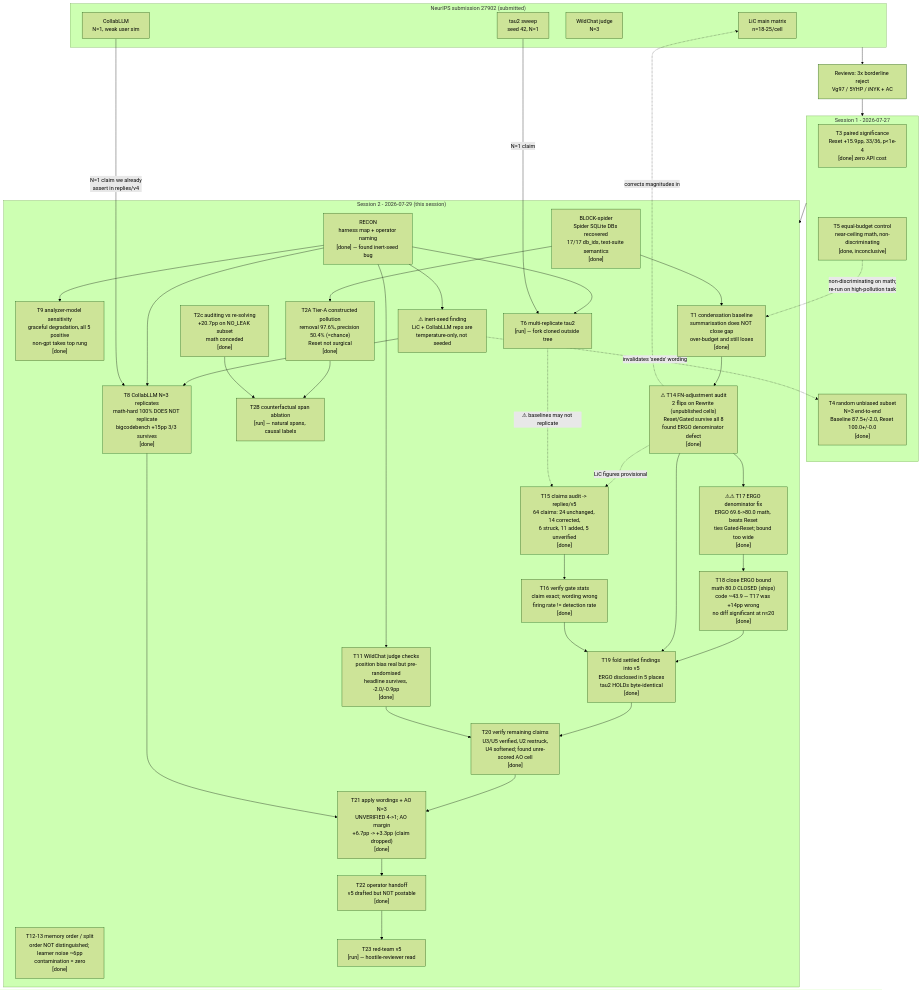
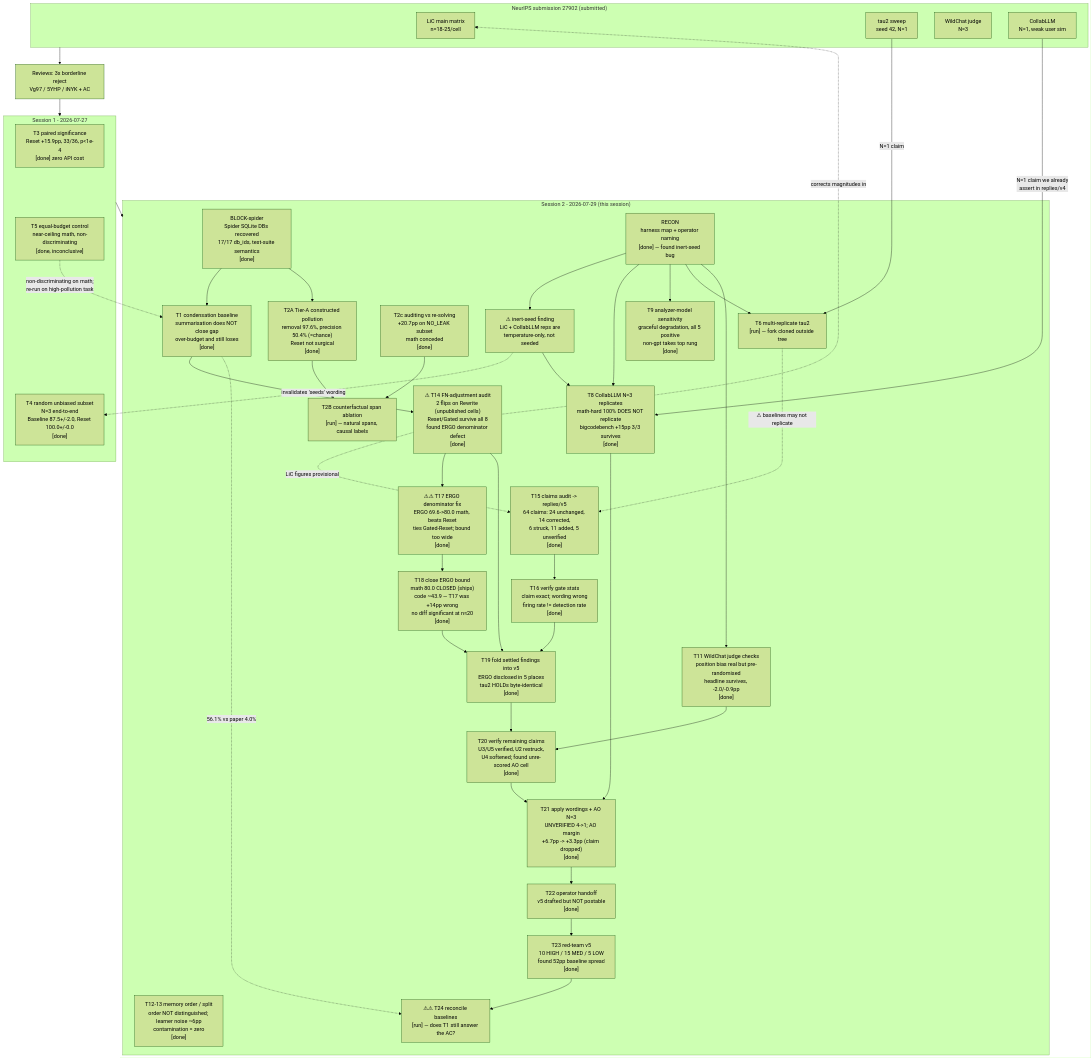
One commit to matt-seb-ho/ctx_editor changed the diagram in neurips_review/autoresearch/PROVENANCE.md. Above: the diagram before and after it, drawn with Mermaid (forest theme). The commit also changed other lines of this file and 8 other files, not shown here.

Commit message:
feat(rebuttal): T23 red-team — 30 items incl. 52pp baseline spread; dispatch T24

````diff
--- a/neurips_review/autoresearch/PROVENANCE.md
+++ b/neurips_review/autoresearch/PROVENANCE.md
@@ -11,77 +11,80 @@
 ```mermaid
 graph TD
   subgraph PAPER["NeurIPS submission 27902 (submitted)"]
     P0["LiC main matrix<br/>n=18-25/cell"]
     P1["tau2 sweep<br/>seed 42, N=1"]
     P2["WildChat judge<br/>N=3"]
     P3["CollabLLM<br/>N=1, weak user sim"]
   end
 
   R["Reviews: 3x borderline reject<br/>Vg97 / 5YHP / iNYK + AC"]
   PAPER --> R
 
   subgraph S1["Session 1 - 2026-07-27"]
     T3["T3 paired significance<br/>Reset +15.9pp, 33/36, p&lt;1e-4<br/>[done] zero API cost"]
     T4["T4 random unbiased subset<br/>N=3 end-to-end<br/>Baseline 87.5+/-2.0, Reset 100.0+/-0.0<br/>[done]"]
     T5["T5 equal-budget control<br/>near-ceiling math, non-discriminating<br/>[done, inconclusive]"]
   end
   R --> S1
 
   subgraph S2["Session 2 - 2026-07-29 (this session)"]
     BLK["BLOCK-spider<br/>Spider SQLite DBs recovered<br/>17/17 db_ids, test-suite semantics<br/>[done]"]
     RC["RECON<br/>harness map + operator naming<br/>[done] — found inert-seed bug"]
     T8["T8 CollabLLM N=3 replicates<br/>math-hard 100% DOES NOT replicate<br/>bigcodebench +15pp 3/3 survives<br/>[done]"]
     T9["T9 analyzer-model sensitivity<br/>graceful degradation, all 5 positive<br/>non-gpt takes top rung<br/>[done]"]
     T2A["T2A Tier-A constructed pollution<br/>removal 97.6%, precision 50.4% (=chance)<br/>Reset not surgical<br/>[done]"]
     T2C["T2c auditing vs re-solving<br/>+20.7pp on NO_LEAK subset<br/>math conceded<br/>[done]"]
     T1["T1 condensation baseline<br/>summarisation does NOT close gap<br/>over-budget and still loses<br/>[done]"]
     T11["T11 WildChat judge checks<br/>position bias real but pre-randomised<br/>headline survives, -2.0/-0.9pp<br/>[done]"]
     T12["T12-13 memory order / split<br/>order NOT distinguished; learner noise ~6pp<br/>contamination = zero<br/>[done]"]
     T6["T6 multi-replicate tau2<br/>[run] — fork cloned outside tree"]
     T2B["T2B counterfactual span ablation<br/>[run] — natural spans, causal labels"]
     T15["T15 claims audit -> replies/v5<br/>64 claims: 24 unchanged, 14 corrected,<br/>6 struck, 11 added, 5 unverified<br/>[done]"]
     T16["T16 verify gate stats<br/>claim exact; wording wrong<br/>firing rate != detection rate<br/>[done]"]
     T14["⚠ T14 FN-adjustment audit<br/>2 flips on Rewrite (unpublished cells)<br/>Reset/Gated survive all 8<br/>found ERGO denominator defect<br/>[done]"]
     T17["⚠⚠ T17 ERGO denominator fix<br/>ERGO 69.6->80.0 math, beats Reset<br/>ties Gated-Reset; bound too wide<br/>[done]"]
     T18["T18 close ERGO bound<br/>math 80.0 CLOSED (ships)<br/>code ~43.9 — T17 was +14pp wrong<br/>no diff significant at n≈20<br/>[done]"]
     T19["T19 fold settled findings into v5<br/>ERGO disclosed in 5 places<br/>tau2 HOLDs byte-identical<br/>[done]"]
     T20["T20 verify remaining claims<br/>U3/U5 verified, U2 restruck,<br/>U4 softened; found unre-scored AO cell<br/>[done]"]
     T21["T21 apply wordings + AO N=3<br/>UNVERIFIED 4->1; AO margin<br/>+6.7pp -> +3.3pp (claim dropped)<br/>[done]"]
     T22["T22 operator handoff<br/>v5 drafted but NOT postable<br/>[done]"]
-    T23["T23 red-team v5<br/>[run] — hostile-reviewer read"]
+    T23["T23 red-team v5<br/>10 HIGH / 15 MED / 5 LOW<br/>found 52pp baseline spread<br/>[done]"]
+    T24["⚠⚠ T24 reconcile baselines<br/>[run] — does T1 still answer the AC?"]
     SEED["⚠ inert-seed finding<br/>LiC + CollabLLM reps are<br/>temperature-only, not seeded"]
   end
   S1 --> S2
 
   RC --> SEED
   SEED -.->|"invalidates 'seeds' wording"| T4
   SEED --> T8
   RC --> T8
   RC --> T9
   RC --> T6
   RC --> T11
   BLK --> T1
   BLK --> T2A
   T5 -.->|"non-discriminating on math;<br/>re-run on high-pollution task"| T1
   T2A --> T2B
   T2C --> T2B
   T1 --> T14
   T14 -.->|"LiC figures provisional"| T15
   T14 --> T17
   T17 --> T18
   T18 --> T19
   T19 --> T20
   T20 --> T21
   T21 --> T22
   T22 --> T23
+  T23 --> T24
+  T1 -.->|"56.1% vs paper 4.0%"| T24
   T8 --> T21
   T11 --> T20
   T14 --> T19
   T16 --> T19
   T6 -.->|"⚠ baselines may not replicate"| T15
   T15 --> T16
   T14 -.->|"corrects magnitudes in"| P0
 
   P3 -->|"N=1 claim we already<br/>assert in replies/v4"| T8
   P1 -->|"N=1 claim"| T6
 ```
````
